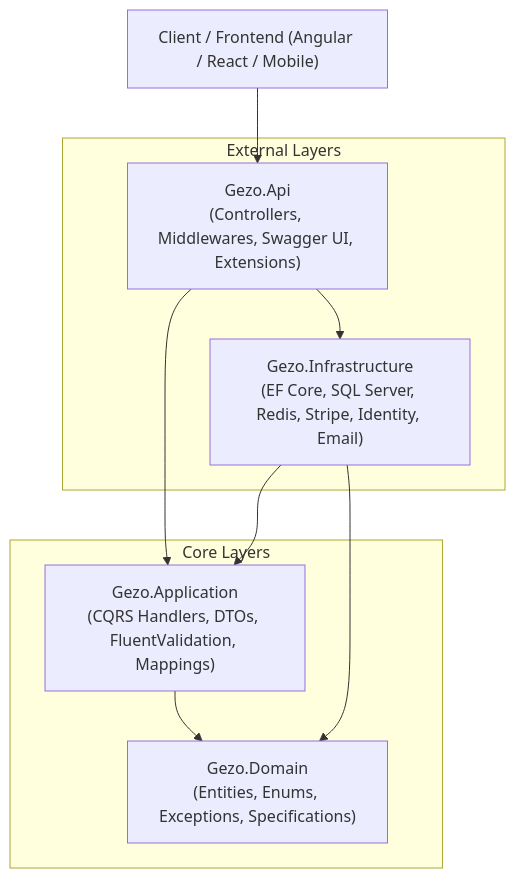
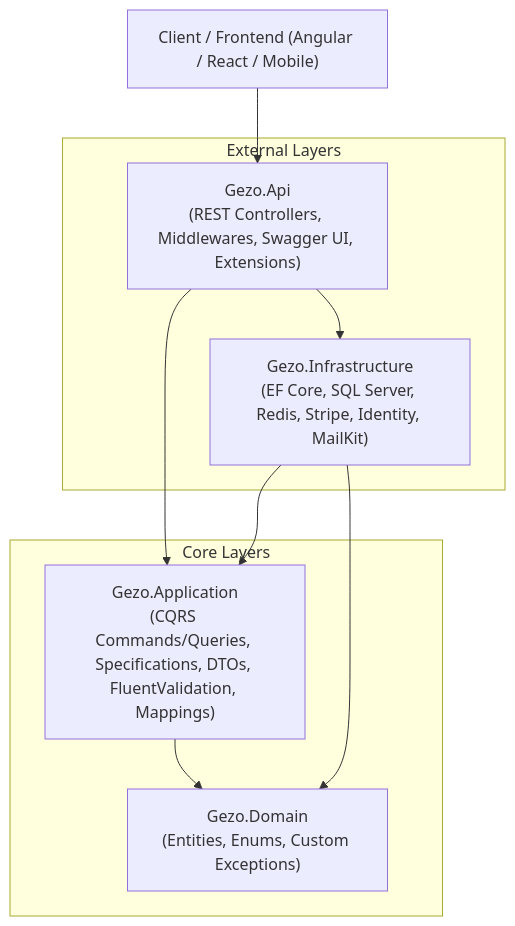
The diagram in README.md (ElGazery/Gezo-Store), drawn with Mermaid before and after one commit. The commit also changed other lines of this file and 2 other files, not shown here.

````diff
--- a/README.md
+++ b/README.md
@@ -18,20 +18,20 @@
 ```mermaid
 flowchart TD
     Client["Client / Frontend (Angular / React / Mobile)"] --> API
 
     subgraph Core ["Core Layers"]
-        Domain["Gezo.Domain\n(Entities, Enums, Exceptions, Specifications)"]
-        Application["Gezo.Application\n(CQRS Handlers, DTOs, FluentValidation, Mappings)"]
+        Domain["Gezo.Domain\n(Entities, Enums, Custom Exceptions)"]
+        Application["Gezo.Application\n(CQRS Commands/Queries, Specifications, DTOs, FluentValidation, Mappings)"]
     end
 
     subgraph External ["External Layers"]
-        API["Gezo.Api\n(Controllers, Middlewares, Swagger UI, Extensions)"]
-        Infrastructure["Gezo.Infrastructure\n(EF Core, SQL Server, Redis, Stripe, Identity, Email)"]
+        API["Gezo.Api\n(REST Controllers, Middlewares, Swagger UI, Extensions)"]
+        Infrastructure["Gezo.Infrastructure\n(EF Core, SQL Server, Redis, Stripe, Identity, MailKit)"]
     end
 
     API --> Application
     API --> Infrastructure
     Infrastructure --> Application
     Infrastructure --> Domain
     Application --> Domain
 ```
````
